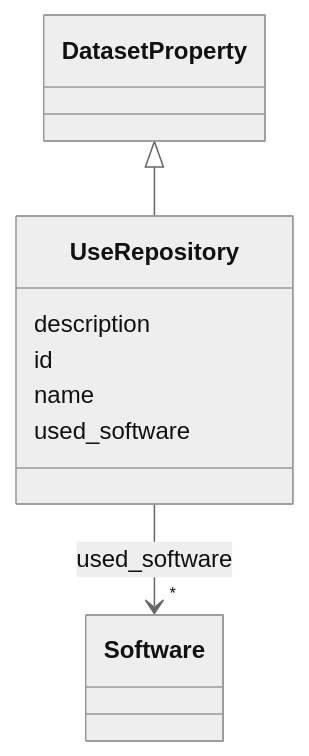
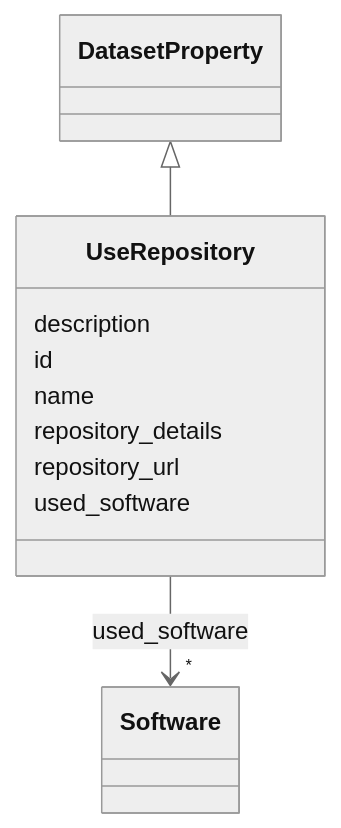
One commit to bridge2ai/data-sheets-schema changed the diagram in docs/UseRepository.md. Above: the diagram before and after it, drawn with Mermaid (neutral theme). The commit also changed other lines of this file and 682 other files, not shown here.

````diff
--- a/docs/UseRepository.md
+++ b/docs/UseRepository.md
@@ -20,26 +20,30 @@
 ```mermaid
  classDiagram
     class UseRepository
     click UseRepository href "../UseRepository/"
       DatasetProperty <|-- UseRepository
         click DatasetProperty href "../DatasetProperty/"
       
       UseRepository : description
         
       UseRepository : id
         
       UseRepository : name
+        
+      UseRepository : repository_details
+        
+      UseRepository : repository_url
         
       UseRepository : used_software
         
           
     
         
         
         UseRepository --> "*" Software : used_software
         click Software href "../Software/"
     
 
         
       
 ```
````
